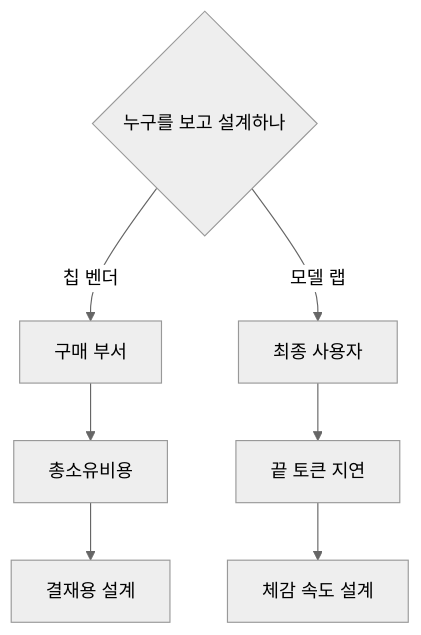
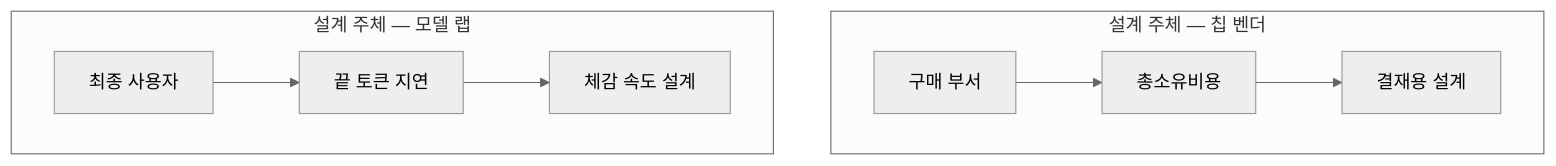
Before and after one commit to yohan4477/semi-report: the first of 7 diagrams in insights/frames/exp/2026-08-27-openai-jalapeno-strategy-opus.md, drawn with Mermaid (neutral theme). The commit also changed other lines of this file and 4 other files, not shown here.

````diff
--- a/insights/frames/exp/2026-08-27-openai-jalapeno-strategy-opus.md
+++ b/insights/frames/exp/2026-08-27-openai-jalapeno-strategy-opus.md
@@ -32,10 +32,11 @@
 ```mermaid
 flowchart TD
-    R{"누구를 보고 설계하나"}
-    R -->|칩 벤더| V1["구매 부서"]
-    V1 --> V2["총소유비용"]
-    V2 --> V3["결재용 설계"]
-    R -->|모델 랩| L1["최종 사용자"]
-    L1 --> L2["끝 토큰 지연"]
-    L2 --> L3["체감 속도 설계"]
+    subgraph V["설계 주체 — 칩 벤더"]
+        V1["구매 부서"] --> V2["총소유비용"]
+        V2 --> V3["결재용 설계"]
+    end
+    subgraph L["설계 주체 — 모델 랩"]
+        L1["최종 사용자"] --> L2["끝 토큰 지연"]
+        L2 --> L3["체감 속도 설계"]
+    end
 ```
````
